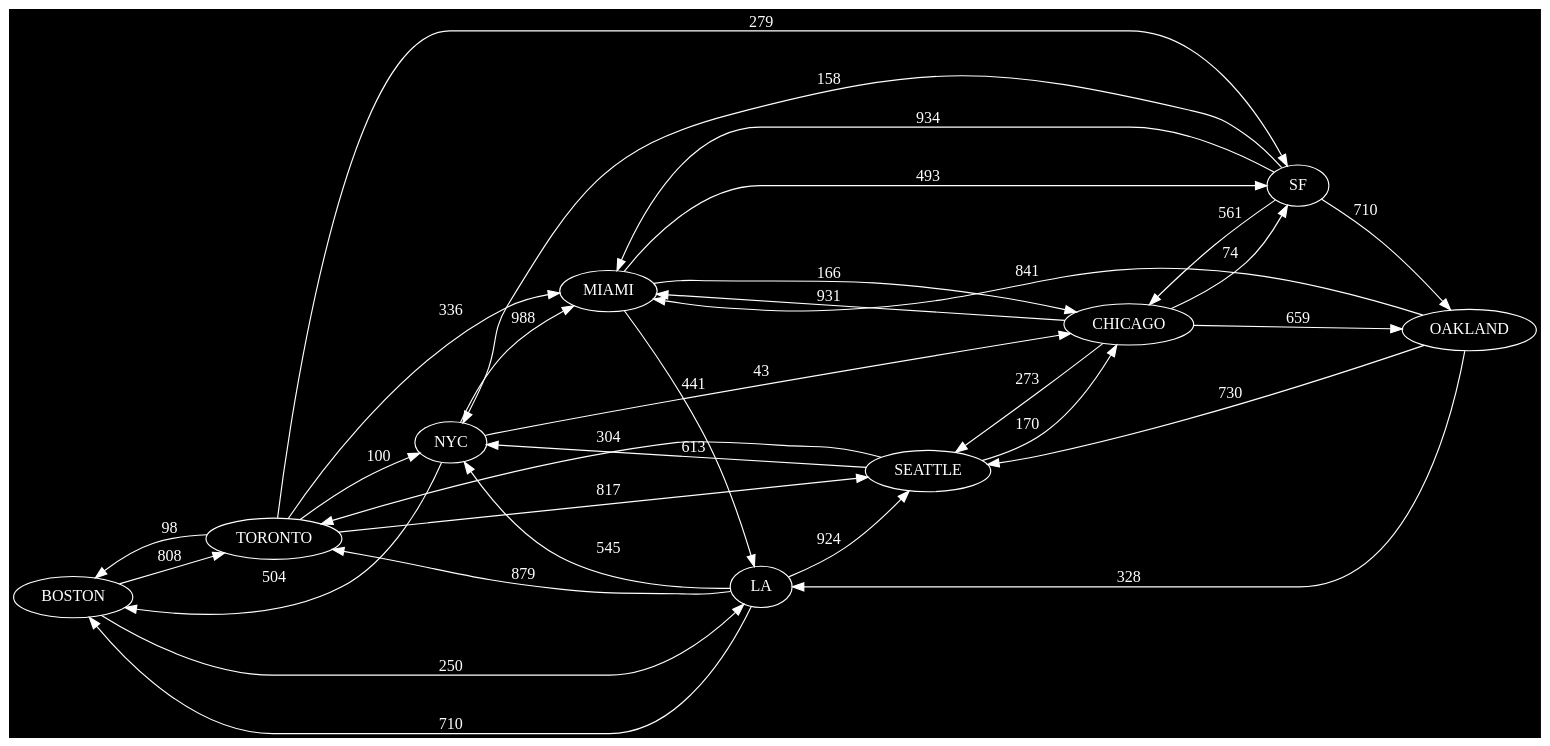
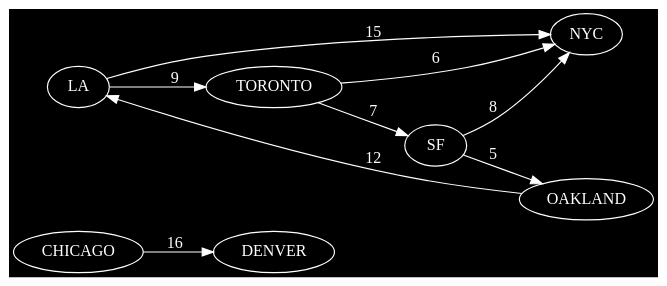
The diagram in final_project/dots/routes.dot (isco355/cis_25), drawn with Graphviz before and after one commit. The commit also changed 27 other files, not shown here.

```diff
--- a/final_project/dots/routes.dot
+++ b/final_project/dots/routes.dot
@@ -1,35 +1,12 @@
 digraph {
 rankdir=LR ;
 bgcolor="black";node [fontcolor="white",color="white"];
-edge[color="white", fontcolor ="white"];BOSTON -> TORONTO [label="808",weight="808"];
-BOSTON -> LA [label="250",weight="250"];
-CHICAGO -> SF [label="74",weight="74"];
-CHICAGO -> OAKLAND [label="659",weight="659"];
-CHICAGO -> MIAMI [label="931",weight="931"];
-CHICAGO -> SEATTLE [label="273",weight="273"];
-LA -> NYC [label="545",weight="545"];
-LA -> TORONTO [label="879",weight="879"];
-LA -> SEATTLE [label="924",weight="924"];
-LA -> BOSTON [label="710",weight="710"];
-MIAMI -> LA [label="441",weight="441"];
-MIAMI -> CHICAGO [label="166",weight="166"];
-MIAMI -> SF [label="493",weight="493"];
-NYC -> CHICAGO [label="43",weight="43"];
-NYC -> MIAMI [label="988",weight="988"];
-NYC -> BOSTON [label="504",weight="504"];
-OAKLAND -> LA [label="328",weight="328"];
-OAKLAND -> SEATTLE [label="730",weight="730"];
-OAKLAND -> MIAMI [label="841",weight="841"];
-SEATTLE -> NYC [label="613",weight="613"];
-SEATTLE -> TORONTO [label="304",weight="304"];
-SEATTLE -> CHICAGO [label="170",weight="170"];
-SF -> OAKLAND [label="710",weight="710"];
-SF -> NYC [label="158",weight="158"];
-SF -> CHICAGO [label="561",weight="561"];
-SF -> MIAMI [label="934",weight="934"];
-TORONTO -> NYC [label="100",weight="100"];
-TORONTO -> SF [label="279",weight="279"];
-TORONTO -> SEATTLE [label="817",weight="817"];
-TORONTO -> MIAMI [label="336",weight="336"];
-TORONTO -> BOSTON [label="98",weight="98"];
+edge[color="white", fontcolor ="white"];CHICAGO -> DENVER [label="16",weight="16"];
+LA -> NYC [label="15",weight="15"];
+LA -> TORONTO [label="9",weight="9"];
+OAKLAND -> LA [label="12",weight="12"];
+SF -> OAKLAND [label="5",weight="5"];
+SF -> NYC [label="8",weight="8"];
+TORONTO -> NYC [label="6",weight="6"];
+TORONTO -> SF [label="7",weight="7"];
 }
```
